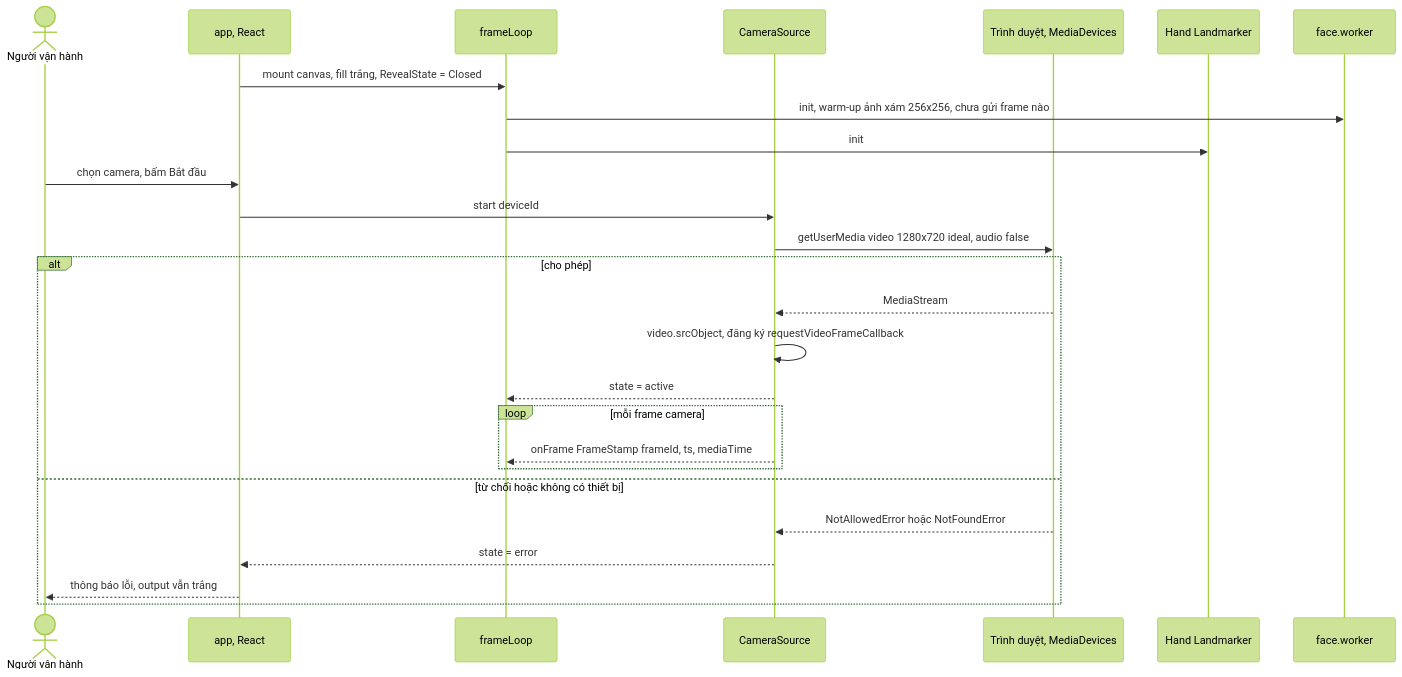
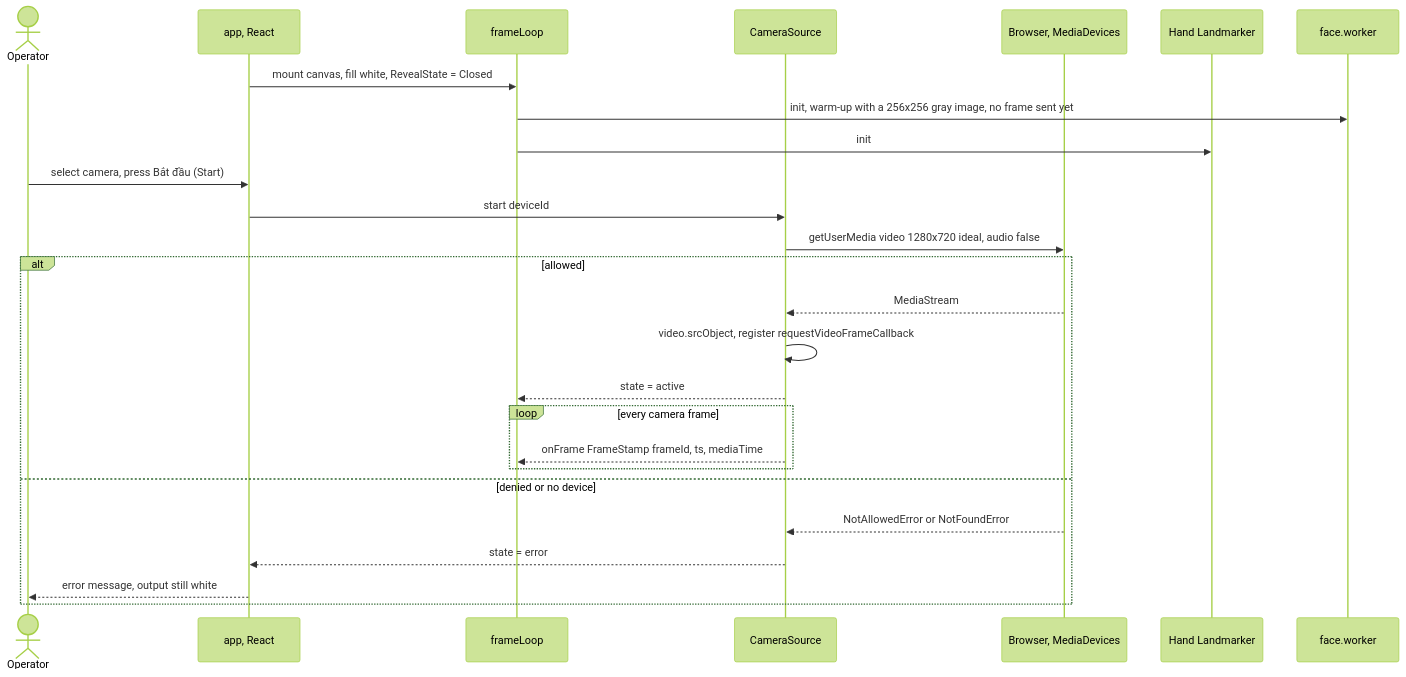
The sixth of 18 diagrams in docs/WORK-BREAKDOWN.md (Lorah101204/Finger_And_Face_Tracking), drawn with Mermaid (forest theme) before and after one commit. The commit also changed other lines of this file and 35 other files, not shown here.

````diff
--- a/docs/WORK-BREAKDOWN.md
+++ b/docs/WORK-BREAKDOWN.md
@@ -491,28 +491,28 @@
 ```mermaid
 sequenceDiagram
-  actor OP as Người vận hành
+  actor OP as Operator
   participant UI as app, React
   participant FRAMELOOP as frameLoop
   participant CAM as CameraSource
-  participant BR as Trình duyệt, MediaDevices
+  participant BR as Browser, MediaDevices
   participant HL as Hand Landmarker
   participant FW as face.worker
-  UI->>FRAMELOOP: mount canvas, fill trắng, RevealState = Closed
-  FRAMELOOP->>FW: init, warm-up ảnh xám 256x256, chưa gửi frame nào
+  UI->>FRAMELOOP: mount canvas, fill white, RevealState = Closed
+  FRAMELOOP->>FW: init, warm-up with a 256x256 gray image, no frame sent yet
   FRAMELOOP->>HL: init
-  OP->>UI: chọn camera, bấm Bắt đầu
+  OP->>UI: select camera, press Bắt đầu (Start)
   UI->>CAM: start deviceId
   CAM->>BR: getUserMedia video 1280x720 ideal, audio false
-  alt cho phép
+  alt allowed
     BR-->>CAM: MediaStream
-    CAM->>CAM: video.srcObject, đăng ký requestVideoFrameCallback
+    CAM->>CAM: video.srcObject, register requestVideoFrameCallback
     CAM-->>FRAMELOOP: state = active
-    loop mỗi frame camera
+    loop every camera frame
       CAM-->>FRAMELOOP: onFrame FrameStamp frameId, ts, mediaTime
     end
-  else từ chối hoặc không có thiết bị
-    BR-->>CAM: NotAllowedError hoặc NotFoundError
+  else denied or no device
+    BR-->>CAM: NotAllowedError or NotFoundError
     CAM-->>UI: state = error
-    UI-->>OP: thông báo lỗi, output vẫn trắng
+    UI-->>OP: error message, output still white
   end
 ```
````
